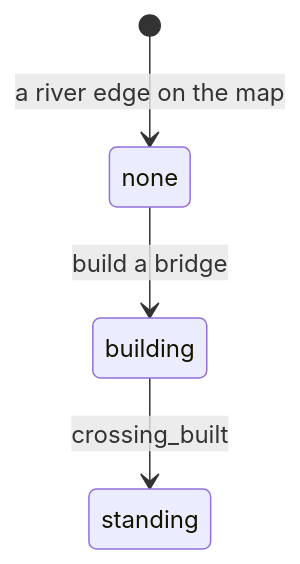
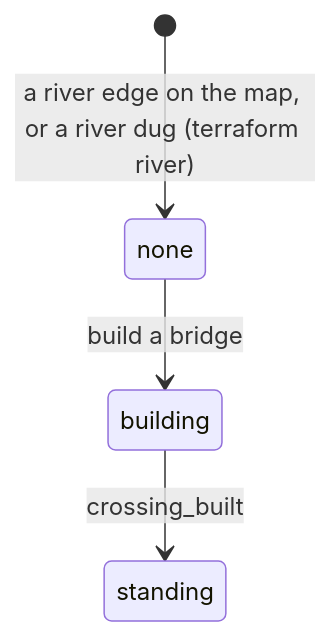
One commit to wesely1996/slavian changed diagram 12 of 21 in docs/state-machines.md. Above: the diagram before and after it, drawn with Mermaid. The commit also changed other lines of this file and 1 other file, not shown here.

````diff
--- a/docs/state-machines.md
+++ b/docs/state-machines.md
@@ -226,6 +227,6 @@
 ```mermaid
 stateDiagram-v2
-  [*] --> none: a river edge on the map
+  [*] --> none: a river edge on the map, or a river dug (terraform river)
   none --> building: build a bridge
   building --> standing: crossing_built
 ```
````
